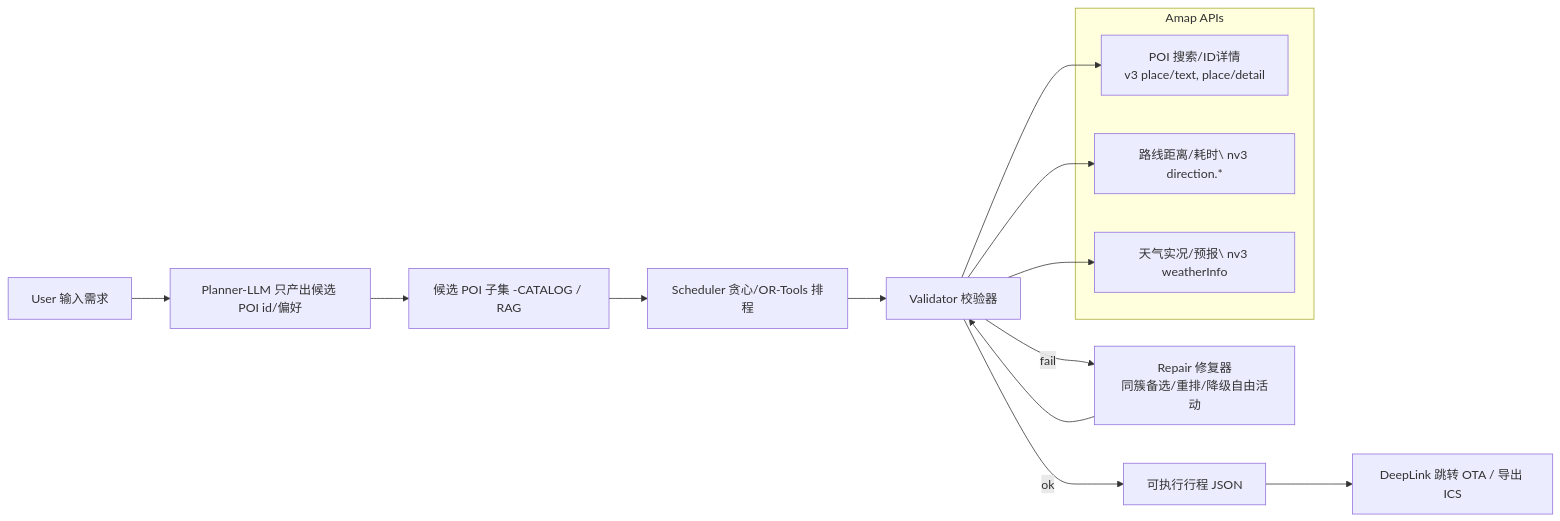
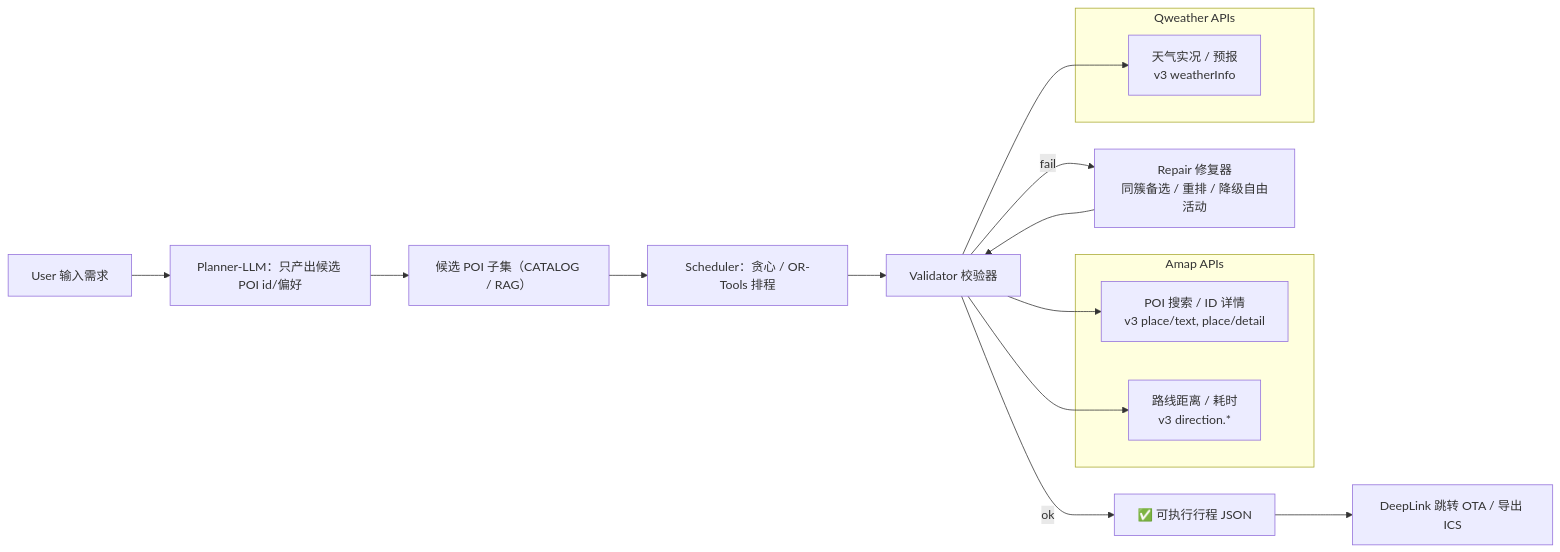
One commit to XGD088/travel-agent-pro changed the diagram in docs/plan-validate.mmd. Above: the diagram before and after it, drawn with Mermaid.

Commit message:
(chore)更新基础骨架图

```diff
--- a/docs/plan-validate.mmd
+++ b/docs/plan-validate.mmd
@@ -1,21 +1,22 @@
 flowchart LR
-  U[User 输入需求] --> P[Planner-LLM 只产出候选 POI id/偏好]
-  P --> C[候选 POI 子集 -CATALOG / RAG]
-  C --> S[Scheduler 贪心/OR-Tools 排程]
-  S --> V[Validator 校验器]
+  U["User 输入需求"] --> P["Planner-LLM：只产出候选 POI id/偏好"]
+  P --> C["候选 POI 子集（CATALOG / RAG）"]
+  C --> S["Scheduler：贪心 / OR-Tools 排程"]
+  S --> V["Validator 校验器"]
 
   subgraph Amap APIs
-    POI[POI 搜索/ID详情\n v3 place/text, place/detail]
-    Rte[路线距离/耗时\ nv3 direction.* ]
-    Wth[天气实况/预报\ nv3 weatherInfo]
+    POI["POI 搜索 / ID 详情<br/>v3 place/text, place/detail"]
+    Rte["路线距离 / 耗时<br/>v3 direction.*"]
   end
-
+  subgraph Qweather APIs
+    Wth["天气实况 / 预报<br/>v3 weatherInfo"]
+  end
   V --> POI
   V --> Rte
   V --> Wth
 
-  V -- ok --> OK[可执行行程 JSON]
-  V -- fail --> R[Repair 修复器\n同簇备选/重排/降级自由活动]
+  V -- ok --> OK["✅ 可执行行程 JSON"]
+  V -- fail --> R["Repair 修复器<br/>同簇备选 / 重排 / 降级自由活动"]
   R --> V
 
-  OK --> D[DeepLink 跳转 OTA / 导出 ICS]
+  OK --> D["DeepLink 跳转 OTA / 导出 ICS"]
```
